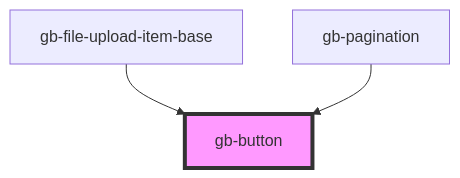
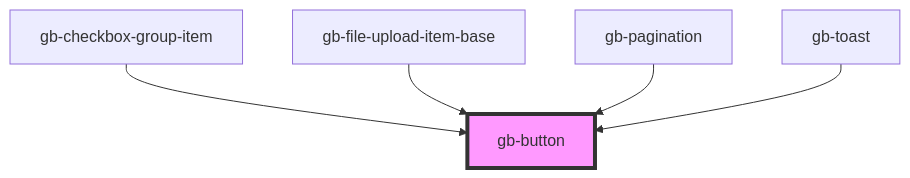
Before and after one commit to Emmanuel1858/globusComponent: the diagram in src/components/gb-button/readme.md, drawn with Mermaid. The commit also changed other lines of this file and 25 other files, not shown here.

````diff
--- a/src/components/gb-button/readme.md
+++ b/src/components/gb-button/readme.md
@@ -31,6 +33,8 @@
 ```mermaid
 graph TD;
+  gb-checkbox-group-item --> gb-button
   gb-file-upload-item-base --> gb-button
   gb-pagination --> gb-button
+  gb-toast --> gb-button
   style gb-button fill:#f9f,stroke:#333,stroke-width:4px
 ```
````
